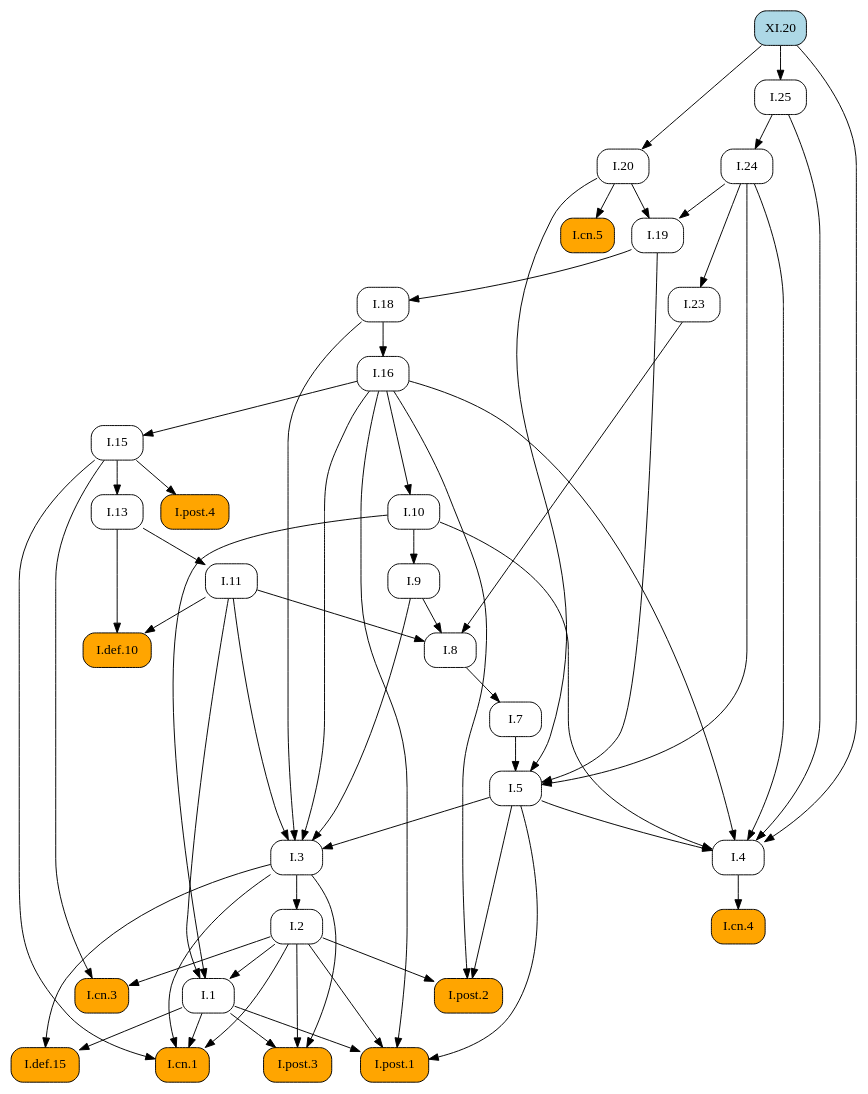
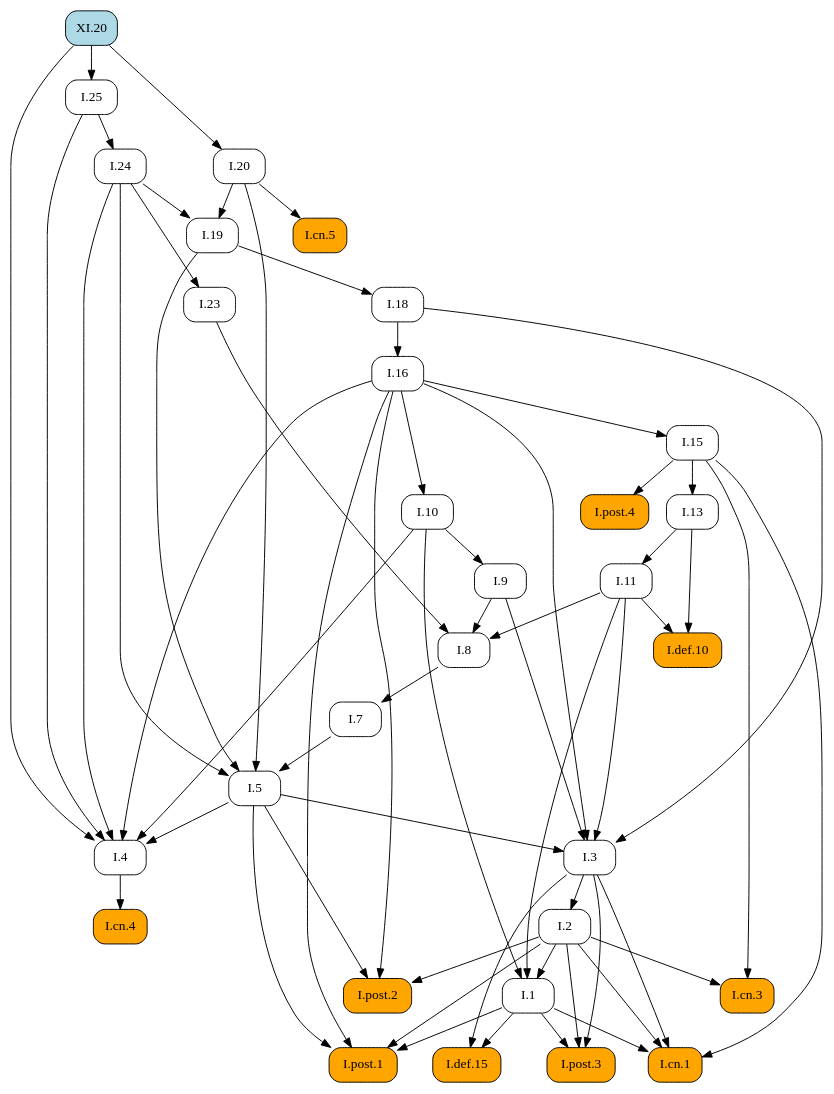
One commit to geometor/elements changed the diagram in docsrc/heath/XI/20/index.rst. Above: the diagram before and after it, drawn with Graphviz. The commit also changed other lines of this file and 484 other files, not shown here.

```diff
--- a/docsrc/heath/XI/20/index.rst
+++ b/docsrc/heath/XI/20/index.rst
@@ -42,93 +42,93 @@
    digraph {
      rankdir="TB";
      node [shape=box, style=rounded];
-     "I.def.10" [style="rounded,filled", fillcolor=orange, URL="/heath/I/def.10/", target="_top"];
-     "I.cn.5" [style="rounded,filled", fillcolor=orange, URL="/heath/I/cn.5/", target="_top"];
-     "I.post.4" [style="rounded,filled", fillcolor=orange, URL="/heath/I/post.4/", target="_top"];
-     "I.1" [URL="/heath/I/1/", target="_top"];
-     "I.11" [URL="/heath/I/11/", target="_top"];
-     "I.7" [URL="/heath/I/7/", target="_top"];
-     "I.20" [URL="/heath/I/20/", target="_top"];
-     "I.24" [URL="/heath/I/24/", target="_top"];
-     "I.3" [URL="/heath/I/3/", target="_top"];
-     "I.2" [URL="/heath/I/2/", target="_top"];
-     "I.4" [URL="/heath/I/4/", target="_top"];
-     "XI.20" [style="rounded,filled", fillcolor=lightblue, URL="/heath/XI/20/", target="_top"];
-     "I.13" [URL="/heath/I/13/", target="_top"];
-     "I.post.2" [style="rounded,filled", fillcolor=orange, URL="/heath/I/post.2/", target="_top"];
-     "I.18" [URL="/heath/I/18/", target="_top"];
-     "I.16" [URL="/heath/I/16/", target="_top"];
-     "I.def.15" [style="rounded,filled", fillcolor=orange, URL="/heath/I/def.15/", target="_top"];
-     "I.19" [URL="/heath/I/19/", target="_top"];
-     "I.post.3" [style="rounded,filled", fillcolor=orange, URL="/heath/I/post.3/", target="_top"];
+     "I.23" [URL="/heath/I/23/", target="_top"];
      "I.9" [URL="/heath/I/9/", target="_top"];
      "I.cn.1" [style="rounded,filled", fillcolor=orange, URL="/heath/I/cn.1/", target="_top"];
+     "I.7" [URL="/heath/I/7/", target="_top"];
+     "I.2" [URL="/heath/I/2/", target="_top"];
+     "I.25" [URL="/heath/I/25/", target="_top"];
+     "I.def.15" [style="rounded,filled", fillcolor=orange, URL="/heath/I/def.15/", target="_top"];
+     "I.13" [URL="/heath/I/13/", target="_top"];
+     "I.post.4" [style="rounded,filled", fillcolor=orange, URL="/heath/I/post.4/", target="_top"];
+     "I.4" [URL="/heath/I/4/", target="_top"];
+     "I.1" [URL="/heath/I/1/", target="_top"];
+     "I.post.3" [style="rounded,filled", fillcolor=orange, URL="/heath/I/post.3/", target="_top"];
+     "I.post.1" [style="rounded,filled", fillcolor=orange, URL="/heath/I/post.1/", target="_top"];
+     "I.5" [URL="/heath/I/5/", target="_top"];
+     "I.19" [URL="/heath/I/19/", target="_top"];
+     "I.8" [URL="/heath/I/8/", target="_top"];
      "I.cn.3" [style="rounded,filled", fillcolor=orange, URL="/heath/I/cn.3/", target="_top"];
-     "I.8" [URL="/heath/I/8/", target="_top"];
-     "I.25" [URL="/heath/I/25/", target="_top"];
+     "I.16" [URL="/heath/I/16/", target="_top"];
+     "I.20" [URL="/heath/I/20/", target="_top"];
+     "I.def.10" [style="rounded,filled", fillcolor=orange, URL="/heath/I/def.10/", target="_top"];
+     "I.18" [URL="/heath/I/18/", target="_top"];
+     "I.15" [URL="/heath/I/15/", target="_top"];
+     "I.10" [URL="/heath/I/10/", target="_top"];
+     "I.11" [URL="/heath/I/11/", target="_top"];
+     "XI.20" [style="rounded,filled", fillcolor=lightblue, URL="/heath/XI/20/", target="_top"];
      "I.cn.4" [style="rounded,filled", fillcolor=orange, URL="/heath/I/cn.4/", target="_top"];
-     "I.23" [URL="/heath/I/23/", target="_top"];
-     "I.15" [URL="/heath/I/15/", target="_top"];
-     "I.post.1" [style="rounded,filled", fillcolor=orange, URL="/heath/I/post.1/", target="_top"];
-     "I.10" [URL="/heath/I/10/", target="_top"];
-     "I.5" [URL="/heath/I/5/", target="_top"];
-     "I.11" -> "I.def.10";
-     "I.13" -> "I.def.10";
-     "I.20" -> "I.cn.5";
+     "I.post.2" [style="rounded,filled", fillcolor=orange, URL="/heath/I/post.2/", target="_top"];
+     "I.24" [URL="/heath/I/24/", target="_top"];
+     "I.cn.5" [style="rounded,filled", fillcolor=orange, URL="/heath/I/cn.5/", target="_top"];
+     "I.3" [URL="/heath/I/3/", target="_top"];
+     "I.24" -> "I.23";
+     "I.10" -> "I.9";
+     "I.1" -> "I.cn.1";
+     "I.2" -> "I.cn.1";
+     "I.3" -> "I.cn.1";
+     "I.15" -> "I.cn.1";
+     "I.8" -> "I.7";
+     "I.3" -> "I.2";
+     "XI.20" -> "I.25";
+     "I.1" -> "I.def.15";
+     "I.3" -> "I.def.15";
+     "I.15" -> "I.13";
      "I.15" -> "I.post.4";
-     "I.2" -> "I.1";
-     "I.10" -> "I.1";
-     "I.11" -> "I.1";
-     "I.13" -> "I.11";
-     "I.8" -> "I.7";
-     "XI.20" -> "I.20";
-     "I.25" -> "I.24";
-     "I.5" -> "I.3";
-     "I.9" -> "I.3";
-     "I.11" -> "I.3";
-     "I.16" -> "I.3";
-     "I.18" -> "I.3";
-     "I.3" -> "I.2";
      "I.5" -> "I.4";
      "I.10" -> "I.4";
      "I.16" -> "I.4";
      "I.24" -> "I.4";
      "I.25" -> "I.4";
      "XI.20" -> "I.4";
-     "I.15" -> "I.13";
-     "I.2" -> "I.post.2";
-     "I.5" -> "I.post.2";
-     "I.16" -> "I.post.2";
-     "I.19" -> "I.18";
-     "I.18" -> "I.16";
-     "I.1" -> "I.def.15";
-     "I.3" -> "I.def.15";
-     "I.20" -> "I.19";
-     "I.24" -> "I.19";
+     "I.2" -> "I.1";
+     "I.10" -> "I.1";
+     "I.11" -> "I.1";
      "I.1" -> "I.post.3";
      "I.2" -> "I.post.3";
      "I.3" -> "I.post.3";
-     "I.10" -> "I.9";
-     "I.1" -> "I.cn.1";
-     "I.2" -> "I.cn.1";
-     "I.3" -> "I.cn.1";
-     "I.15" -> "I.cn.1";
-     "I.2" -> "I.cn.3";
-     "I.15" -> "I.cn.3";
-     "I.9" -> "I.8";
-     "I.11" -> "I.8";
-     "I.23" -> "I.8";
-     "XI.20" -> "I.25";
-     "I.4" -> "I.cn.4";
-     "I.24" -> "I.23";
-     "I.16" -> "I.15";
      "I.1" -> "I.post.1";
      "I.2" -> "I.post.1";
      "I.5" -> "I.post.1";
      "I.16" -> "I.post.1";
-     "I.16" -> "I.10";
      "I.7" -> "I.5";
      "I.19" -> "I.5";
      "I.20" -> "I.5";
      "I.24" -> "I.5";
+     "I.20" -> "I.19";
+     "I.24" -> "I.19";
+     "I.9" -> "I.8";
+     "I.11" -> "I.8";
+     "I.23" -> "I.8";
+     "I.2" -> "I.cn.3";
+     "I.15" -> "I.cn.3";
+     "I.18" -> "I.16";
+     "XI.20" -> "I.20";
+     "I.11" -> "I.def.10";
+     "I.13" -> "I.def.10";
+     "I.19" -> "I.18";
+     "I.16" -> "I.15";
+     "I.16" -> "I.10";
+     "I.13" -> "I.11";
+     "I.4" -> "I.cn.4";
+     "I.2" -> "I.post.2";
+     "I.5" -> "I.post.2";
+     "I.16" -> "I.post.2";
+     "I.25" -> "I.24";
+     "I.20" -> "I.cn.5";
+     "I.5" -> "I.3";
+     "I.9" -> "I.3";
+     "I.11" -> "I.3";
+     "I.16" -> "I.3";
+     "I.18" -> "I.3";
    }
```
